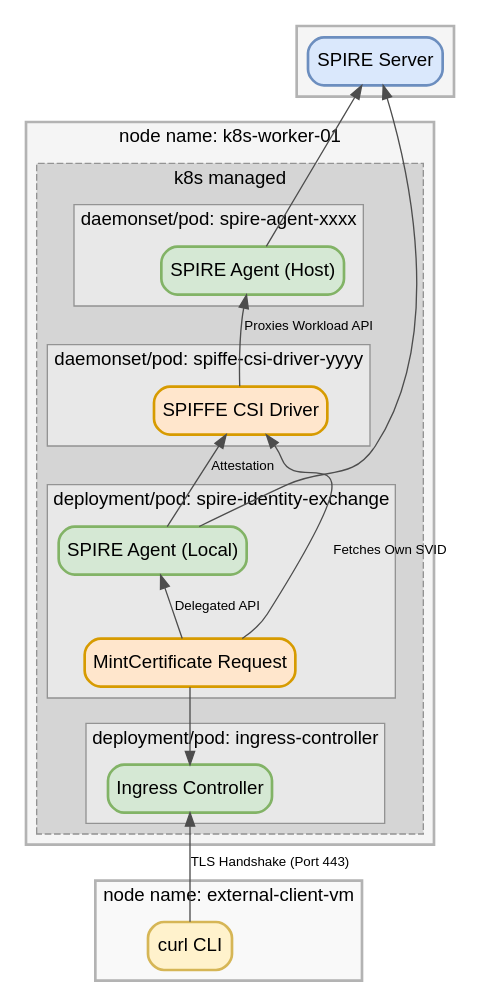
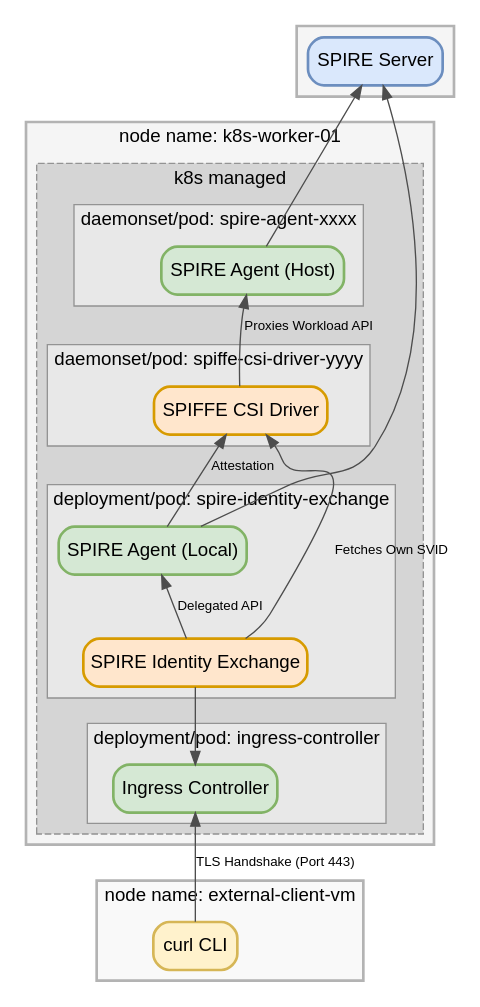
One commit to spiffe/spire-identity-exchange changed the diagram in diagrams/spire-agent-mode-k8s.dot. Above: the diagram before and after it, drawn with Graphviz. The commit also changed 1 other file, not shown here.

Commit message:
Fix diagram issue

```diff
--- a/diagrams/spire-agent-mode-k8s.dot
+++ b/diagrams/spire-agent-mode-k8s.dot
@@ -1,97 +1,97 @@
 digraph G {
     compound=true;
     fontname="Helvetica,Arial,sans-serif";
     
     // Default edge styling
     edge [fontname="Helvetica,Arial,sans-serif", fontsize=10, color="#4d4d4d"];
     node [fontname="Helvetica,Arial,sans-serif"];
 
     // ==========================================
     // EXTERNAL VM
     // ==========================================
     subgraph cluster_external_vm {
         label = "node name: external-client-vm"
         style = "filled,solid,bold";
         color = "#b3b3b3";
         fillcolor = "#f9f9f9";
         
         grpcurl_client[label="curl CLI", shape="box", style="rounded,solid,filled,bold", color="#d6b656", fillcolor="#fff2cc"]
     }
 
     // ==========================================
     // SPIRE SERVER DOMAIN
     // ==========================================
     subgraph cluster_server_host {
         style = "filled,solid,bold";
         color = "#b3b3b3";
         fillcolor = "#f5f5f5";
 
         spire_server[label="SPIRE Server", shape="record", style="rounded,solid,filled,bold", color="#6c8ebf", fillcolor="#dae8fc"]
     }
 
     // ==========================================
     // WORKLOAD & IDENTITY EXCHANGE NODE (K8s Node)
     // ==========================================
     subgraph cluster_workload_node {
         label = "node name: k8s-worker-01"
         style = "filled,solid,bold";
         color = "#b3b3b3";
         fillcolor = "#f5f5f5";
 
         subgraph cluster_node_k8s {
             label = "k8s managed";
             style = "dashed,filled";
             color = "#939393";
             fillcolor = "#d5d5d5";
 
             // Pod 1: Core SPIRE Agent
             subgraph cluster_pod_main_agent {
                 label = "daemonset/pod: spire-agent-xxxx";
                 style = "solid,filled";
                 fillcolor = "#e8e8e8";
                 spire_agent_main[label="SPIRE Agent (Host)", shape="record", style="rounded,solid,filled,bold", color="#82b366", fillcolor="#d5e8d4"]
             }
 
             // Pod 2: SPIFFE CSI Driver Pod
             subgraph cluster_pod_csi_driver {
                 label = "daemonset/pod: spiffe-csi-driver-yyyy";
                 style = "solid,filled";
                 fillcolor = "#e8e8e8";
                 spiffe_csi_driver[label="SPIFFE CSI Driver", shape="record", style="rounded,solid,filled,bold", color="#d79b00", fillcolor="#ffe6cc"]
             }
 
             // Pod 3: Identity Exchange Engine
             subgraph cluster_pod_six_exchange {
                 label = "deployment/pod: spire-identity-exchange";
                 style = "solid,filled";
                 fillcolor = "#e8e8e8";
                 spire_agent_six[label="SPIRE Agent (Local)", shape="record", style="rounded,solid,filled,bold", color="#82b366", fillcolor="#d5e8d4"]
                 identity_exchange[label="SPIRE Identity Exchange", shape="record", style="rounded,solid,filled,bold", color="#d79b00", fillcolor="#ffe6cc"]
             }
 
             // Pod 5: Ingress Controller (Updated to match green agent colors)
             subgraph cluster_pod_ingress {
                 label = "deployment/pod: ingress-controller";
                 style = "solid,filled";
                 fillcolor = "#e8e8e8";
                 ingress_controller[label="Ingress Controller", shape="box", style="rounded,solid,filled,bold", color="#82b366", fillcolor="#d5e8d4"]
             }
         }
     }
 
     // ==========================================
     // RELATIONSHIPS & TRAFFIC FLOW
     // ==========================================
     
     // Infrastructure
     spire_server -> spire_agent_main [dir=back]
     spire_server -> spire_agent_six [dir=back]
     spire_agent_main -> spiffe_csi_driver [dir=back, label=" Proxies Workload API"]
     spiffe_csi_driver -> identity_exchange [dir=back, label=" Fetches Own SVID"]
     spiffe_csi_driver -> spire_agent_six [dir=back, label=" Attestation"]
     spire_agent_six -> identity_exchange [dir=back, label=" Delegated API"]
 
     // New External Traffic Flow
     ingress_controller -> grpcurl_client [label=" TLS Handshake (Port 443)", dir=back]
-    identity_exchange -> ingress_controller identity_exchange [label=" MintCertificate Request", dir=back]
+    identity_exchange -> ingress_controller identity_exchange [label="SPIRE Identity Exchange", dir=back]
 }
```
